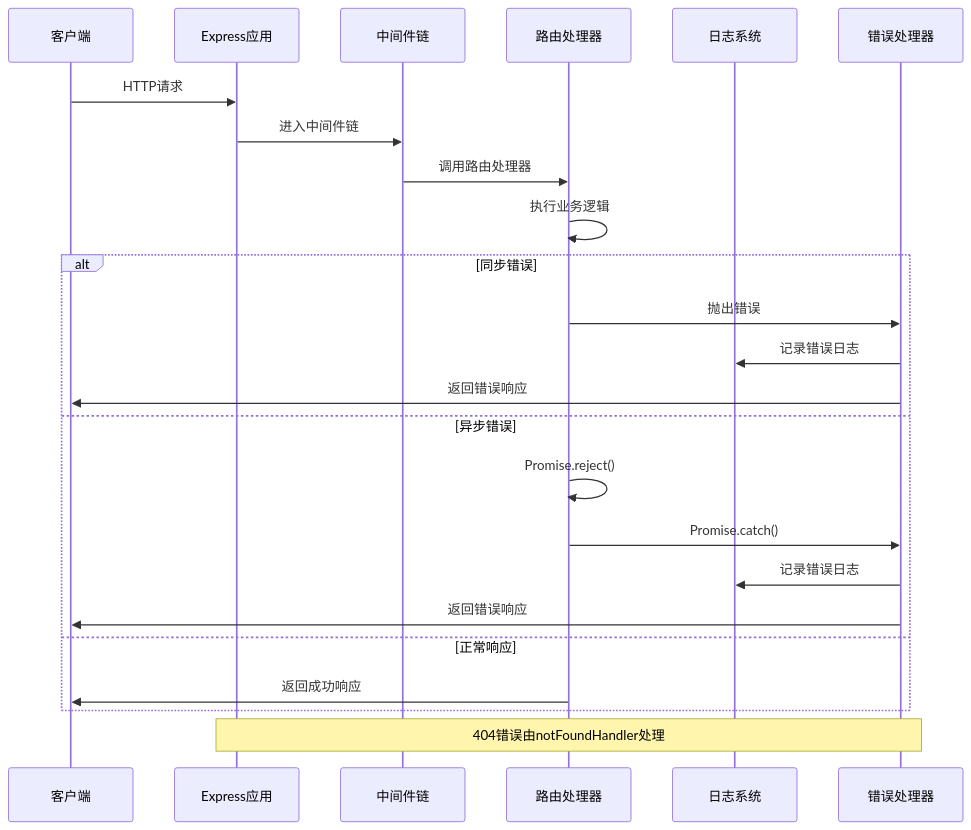
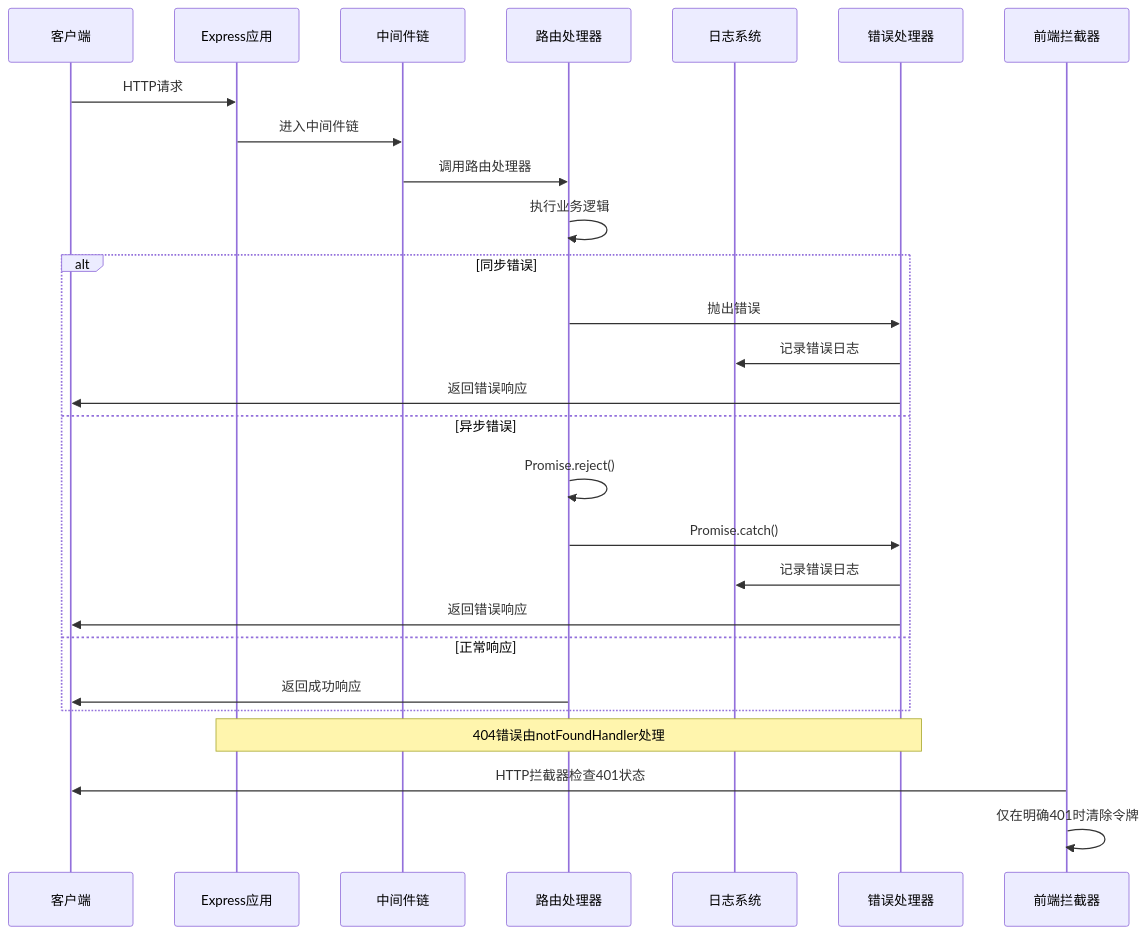
The second of 10 diagrams in .qoder/repowiki/zh/content/后端服务架构/核心服务模块/中间件系统/错误处理中间件.md (Giraffe-Han/microAPP), drawn with Mermaid before and after one commit. The commit also changed other lines of this file and 6 other files, not shown here.

````diff
--- a/.qoder/repowiki/zh/content/后端服务架构/核心服务模块/中间件系统/错误处理中间件.md
+++ b/.qoder/repowiki/zh/content/后端服务架构/核心服务模块/中间件系统/错误处理中间件.md
@@ -99,26 +138,29 @@
 ```mermaid
 sequenceDiagram
 participant Client as 客户端
 participant Express as Express应用
 participant Middleware as 中间件链
 participant Handler as 路由处理器
 participant Logger as 日志系统
 participant ErrorHandler as 错误处理器
+participant Frontend as 前端拦截器
 Client->>Express : HTTP请求
 Express->>Middleware : 进入中间件链
 Middleware->>Handler : 调用路由处理器
 Handler->>Handler : 执行业务逻辑
 alt 同步错误
 Handler->>ErrorHandler : 抛出错误
 ErrorHandler->>Logger : 记录错误日志
 ErrorHandler->>Client : 返回错误响应
 else 异步错误
 Handler->>Handler : Promise.reject()
 Handler->>ErrorHandler : Promise.catch()
 ErrorHandler->>Logger : 记录错误日志
 ErrorHandler->>Client : 返回错误响应
 else 正常响应
 Handler->>Client : 返回成功响应
 end
 Note over Express,ErrorHandler : 404错误由notFoundHandler处理
+Frontend->>Client : HTTP拦截器检查401状态
+Frontend->>Frontend : 仅在明确401时清除令牌
 ```
````
